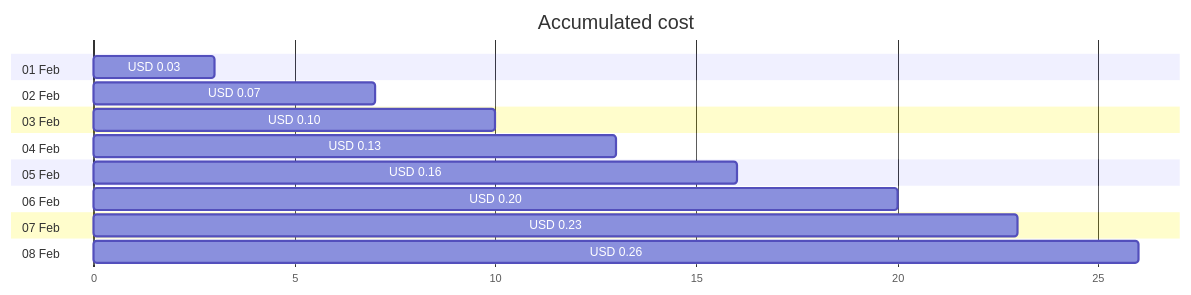
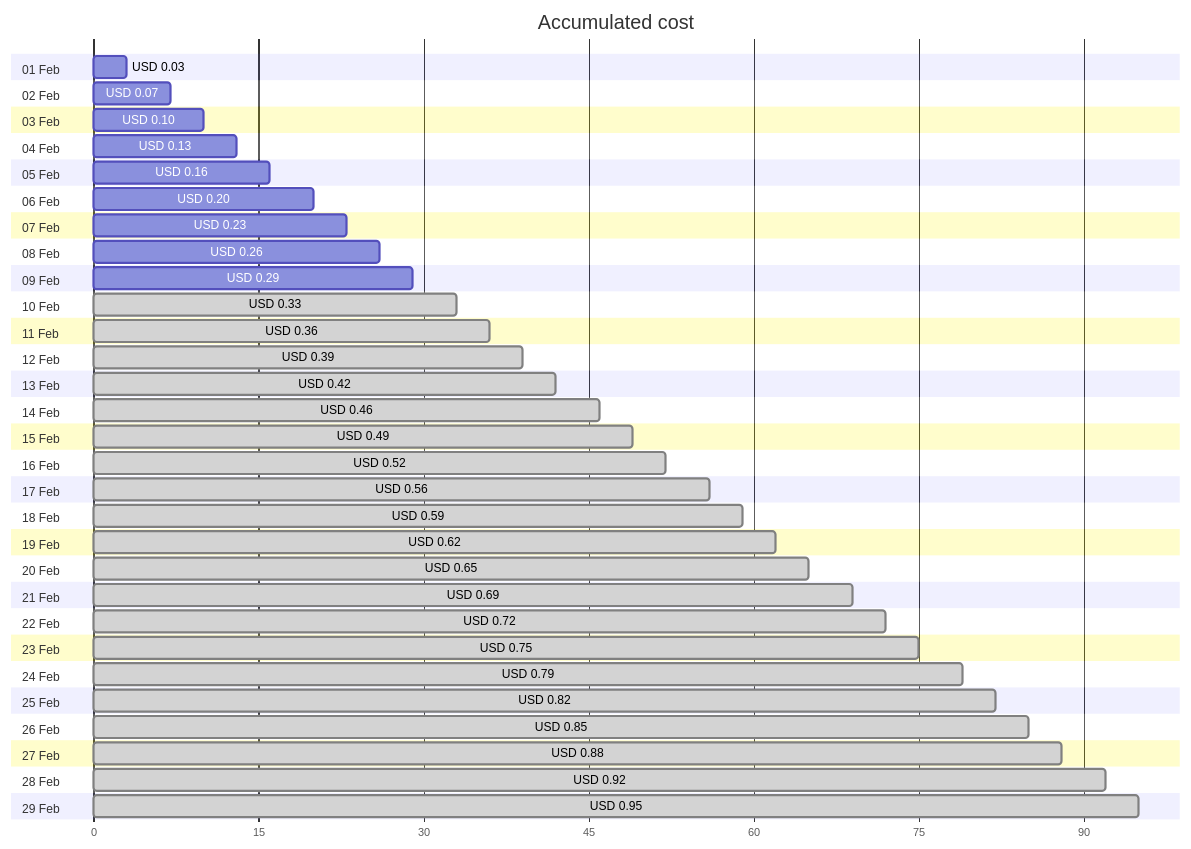
The first of 4 diagrams in cost-reports/personal-dns/README.md (jpfulton/azure-personal-reports), drawn with Mermaid before and after one commit. The commit also changed other lines of this file and 2 other files, not shown here.

Commit message:
Generated reports [skip ci]

````diff
--- a/cost-reports/personal-dns/README.md
+++ b/cost-reports/personal-dns/README.md
@@ -20,22 +20,64 @@
 ```mermaid
 gantt
    title Accumulated cost
    dateFormat  X
    axisFormat %s
    section 01 Feb
    USD 0.03 :0, 3
    section 02 Feb
    USD 0.07 :0, 7
    section 03 Feb
    USD 0.10 :0, 10
    section 04 Feb
    USD 0.13 :0, 13
    section 05 Feb
    USD 0.16 :0, 16
    section 06 Feb
    USD 0.20 :0, 20
    section 07 Feb
    USD 0.23 :0, 23
    section 08 Feb
    USD 0.26 :0, 26
+   section 09 Feb
+   USD 0.29 :0, 29
+   section 10 Feb
+   USD 0.33 : done, 0, 33
+   section 11 Feb
+   USD 0.36 : done, 0, 36
+   section 12 Feb
+   USD 0.39 : done, 0, 39
+   section 13 Feb
+   USD 0.42 : done, 0, 42
+   section 14 Feb
+   USD 0.46 : done, 0, 46
+   section 15 Feb
+   USD 0.49 : done, 0, 49
+   section 16 Feb
+   USD 0.52 : done, 0, 52
+   section 17 Feb
+   USD 0.56 : done, 0, 56
+   section 18 Feb
+   USD 0.59 : done, 0, 59
+   section 19 Feb
+   USD 0.62 : done, 0, 62
+   section 20 Feb
+   USD 0.65 : done, 0, 65
+   section 21 Feb
+   USD 0.69 : done, 0, 69
+   section 22 Feb
+   USD 0.72 : done, 0, 72
+   section 23 Feb
+   USD 0.75 : done, 0, 75
+   section 24 Feb
+   USD 0.79 : done, 0, 79
+   section 25 Feb
+   USD 0.82 : done, 0, 82
+   section 26 Feb
+   USD 0.85 : done, 0, 85
+   section 27 Feb
+   USD 0.88 : done, 0, 88
+   section 28 Feb
+   USD 0.92 : done, 0, 92
+   section 29 Feb
+   USD 0.95 : done, 0, 95
 ```
````
